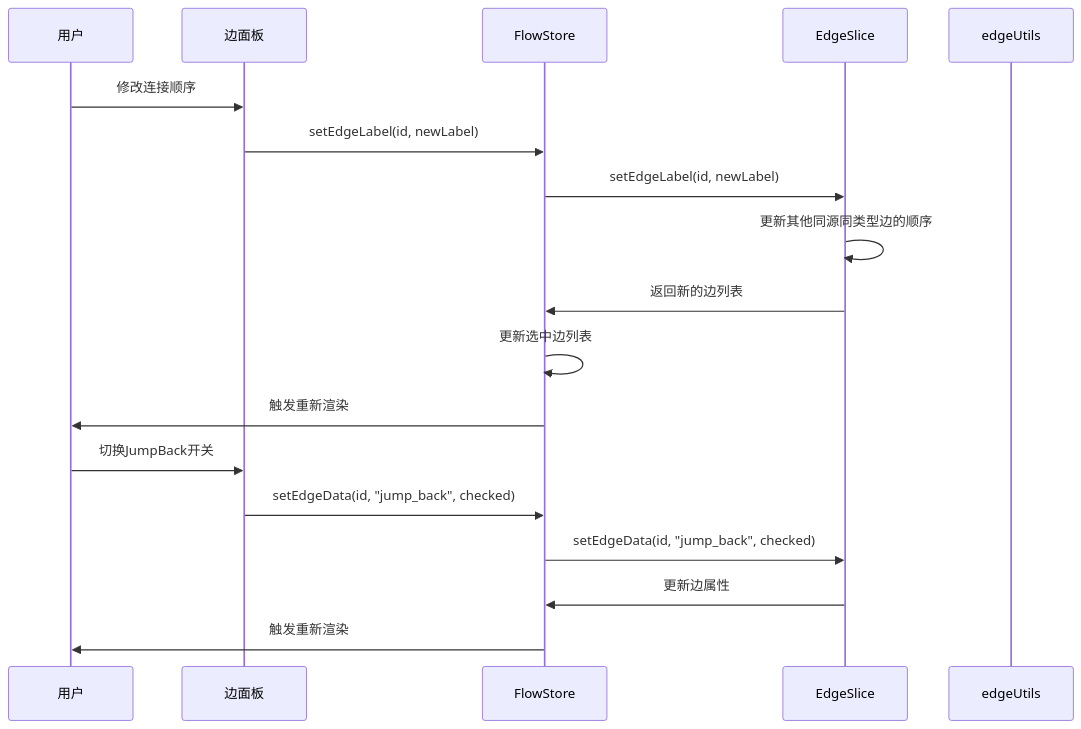
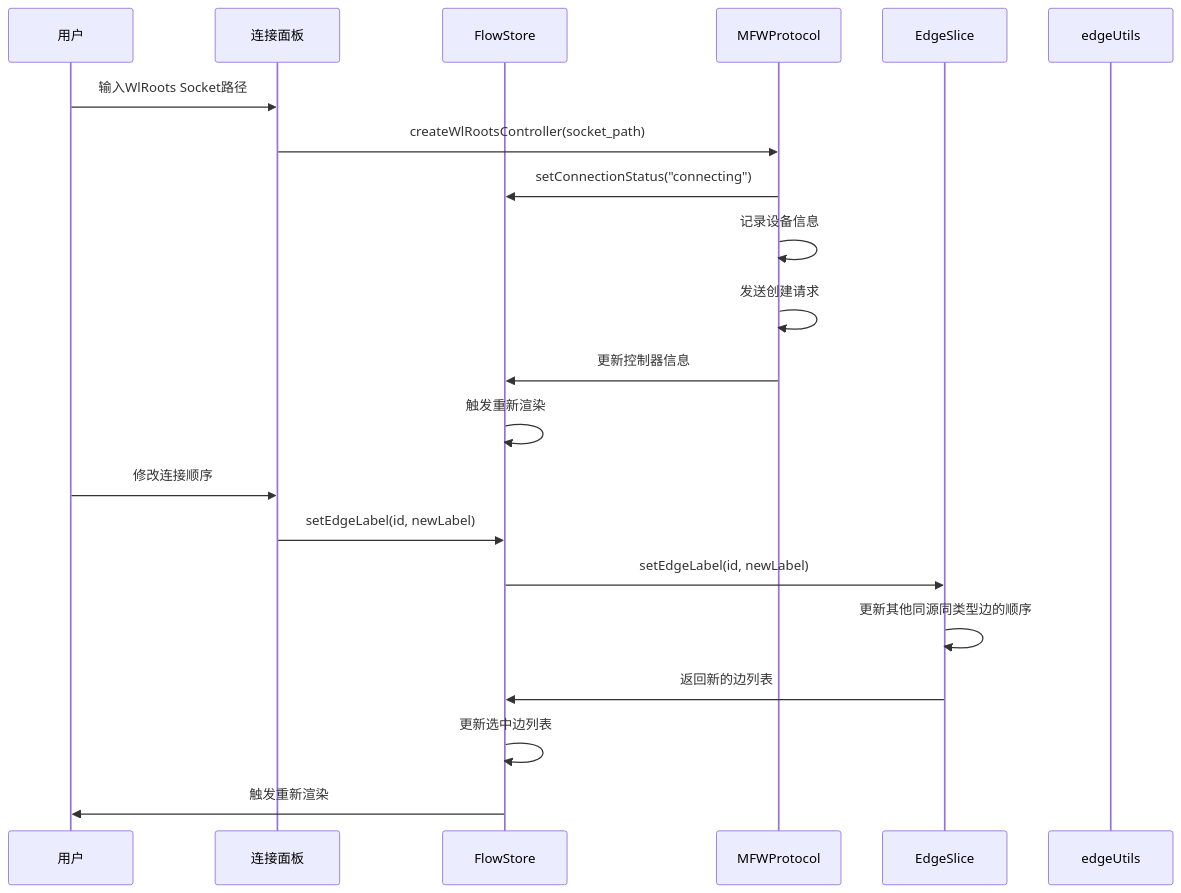
One commit to kqcoxn/MaaPipelineEditor changed the seventh of 8 diagrams in .qoder/repowiki/zh/content/用户界面/面板系统/连接面板.md. Above: the diagram before and after it, drawn with Mermaid. The commit also changed other lines of this file and 17 other files, not shown here.

````diff
--- a/.qoder/repowiki/zh/content/用户界面/面板系统/连接面板.md
+++ b/.qoder/repowiki/zh/content/用户界面/面板系统/连接面板.md
@@ -332,20 +372,23 @@
 ```mermaid
 sequenceDiagram
 participant User as 用户
-participant Panel as 边面板
+participant Panel as 连接面板
 participant Store as FlowStore
+participant Protocol as MFWProtocol
 participant Slice as EdgeSlice
 participant Utils as edgeUtils
+User->>Panel : 输入WlRoots Socket路径
+Panel->>Protocol : createWlRootsController(socket_path)
+Protocol->>Store : setConnectionStatus("connecting")
+Protocol->>Protocol : 记录设备信息
+Protocol->>Protocol : 发送创建请求
+Protocol->>Store : 更新控制器信息
+Store->>Store : 触发重新渲染
 User->>Panel : 修改连接顺序
 Panel->>Store : setEdgeLabel(id, newLabel)
 Store->>Slice : setEdgeLabel(id, newLabel)
 Slice->>Slice : 更新其他同源同类型边的顺序
 Slice->>Store : 返回新的边列表
 Store->>Store : 更新选中边列表
 Store->>User : 触发重新渲染
-User->>Panel : 切换JumpBack开关
-Panel->>Store : setEdgeData(id, "jump_back", checked)
-Store->>Slice : setEdgeData(id, "jump_back", checked)
-Slice->>Store : 更新边属性
-Store->>User : 触发重新渲染
 ```
````
